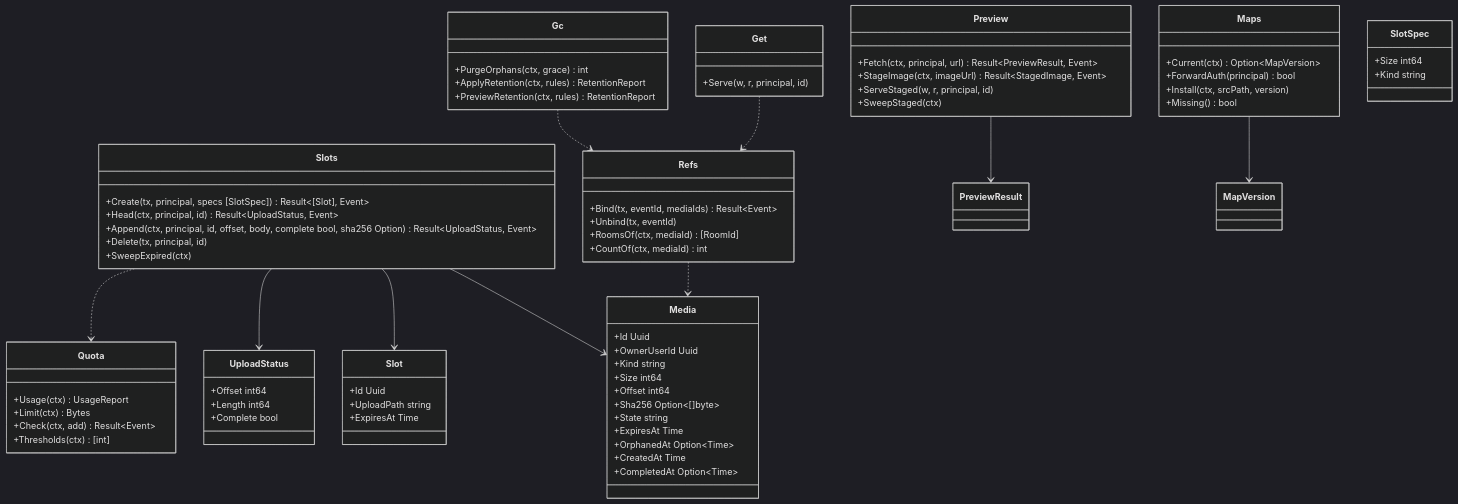
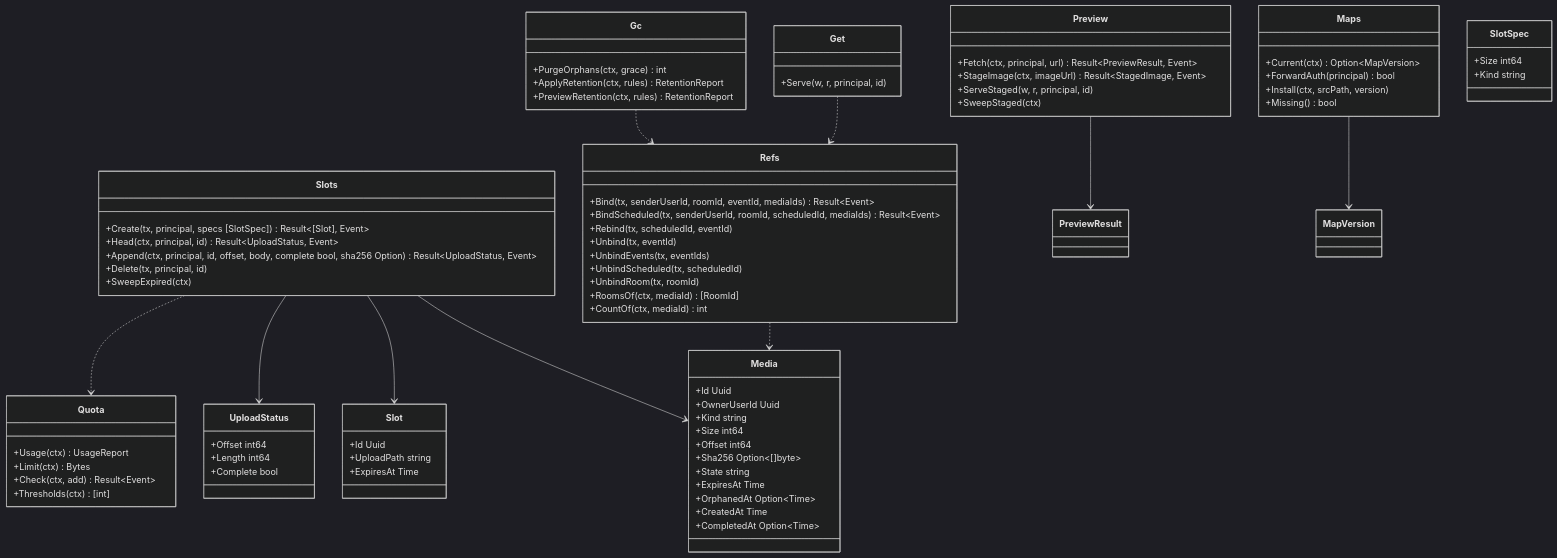
One commit to nrsd-ishikawasou/family-talk-pwa changed the diagram in dev/docs/jp/ブロック/srv-media.md. Above: the diagram before and after it, drawn with Mermaid (dark theme). The commit also changed other lines of this file and 117 other files, not shown here.

```diff
--- a/dev/docs/jp/ブロック/srv-media.md
+++ b/dev/docs/jp/ブロック/srv-media.md
@@ -63,8 +63,13 @@
     +Serve(w, r, principal, id)
   }
   class Refs {
-    +Bind(tx, eventId, mediaIds) Result~Event~
+    +Bind(tx, senderUserId, roomId, eventId, mediaIds) Result~Event~
+    +BindScheduled(tx, senderUserId, roomId, scheduledId, mediaIds) Result~Event~
+    +Rebind(tx, scheduledId, eventId)
     +Unbind(tx, eventId)
+    +UnbindEvents(tx, eventIds)
+    +UnbindScheduled(tx, scheduledId)
+    +UnbindRoom(tx, roomId)
     +RoomsOf(ctx, mediaId) [RoomId]
     +CountOf(ctx, mediaId) int
   }
```
